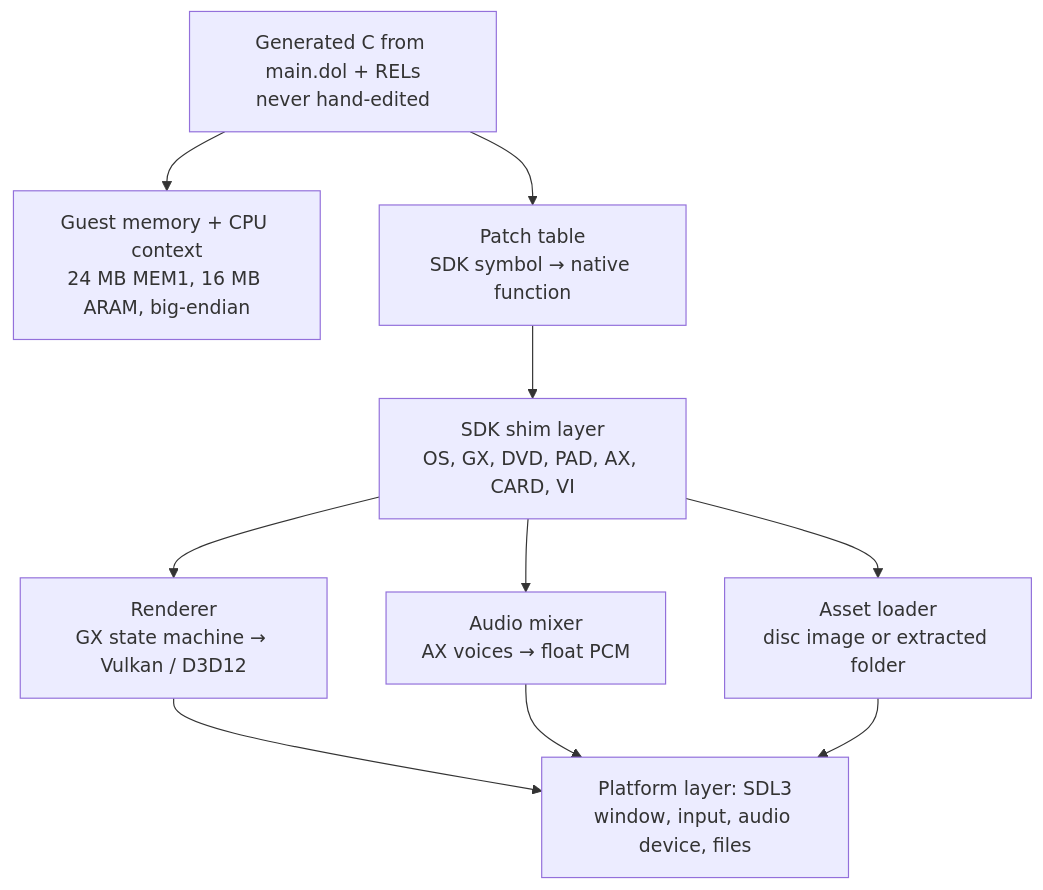
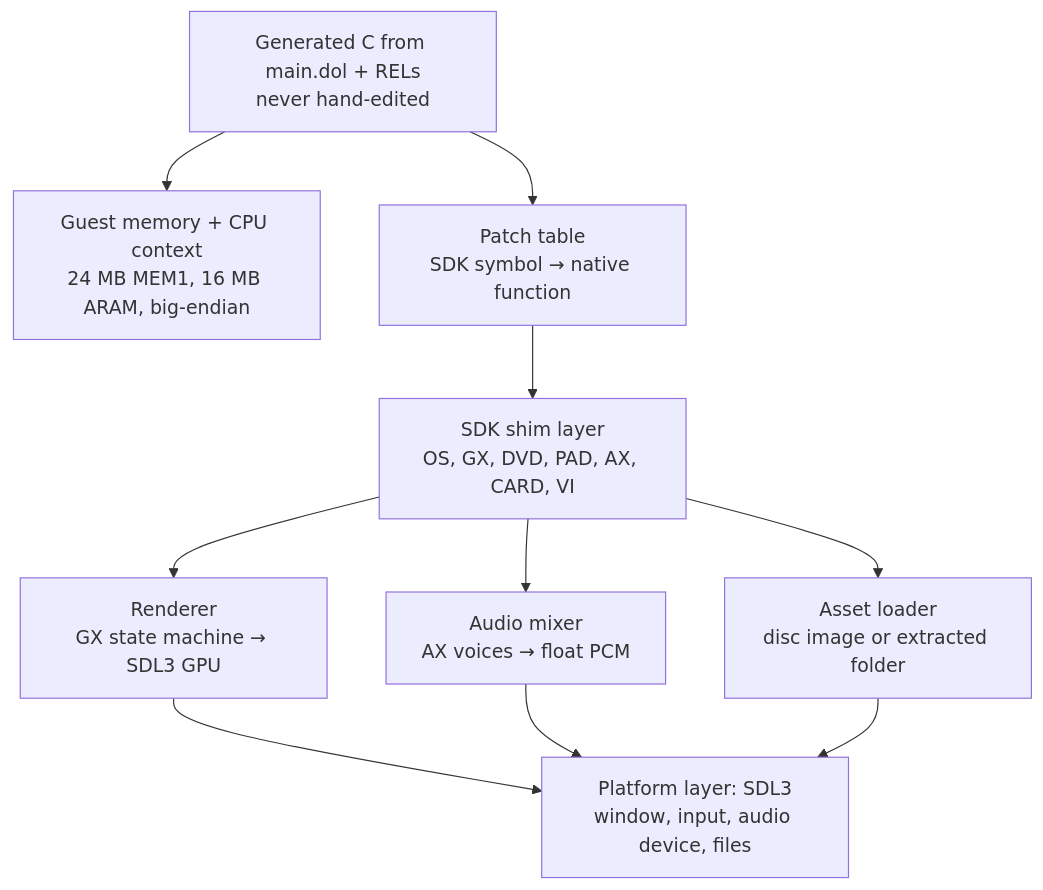
The first of 2 diagrams in twin-snakes-native-port-design.md (alphanu1/msg-twinsnakes-recomp), drawn with Mermaid before and after one commit. The commit also changed other lines of this file and 3 other files, not shown here.

````diff
--- a/twin-snakes-native-port-design.md
+++ b/twin-snakes-native-port-design.md
@@ -120,12 +120,12 @@
 ```mermaid
 flowchart TD
     G[Generated C from main.dol + RELs<br/>never hand-edited] --> M[Guest memory + CPU context<br/>24 MB MEM1, 16 MB ARAM, big-endian]
     G --> P[Patch table<br/>SDK symbol → native function]
     P --> S[SDK shim layer<br/>OS, GX, DVD, PAD, AX, CARD, VI]
-    S --> R[Renderer<br/>GX state machine → Vulkan / D3D12]
+    S --> R[Renderer<br/>GX state machine → SDL3 GPU]
     S --> A[Audio mixer<br/>AX voices → float PCM]
     S --> F[Asset loader<br/>disc image or extracted folder]
     R --> H[Platform layer: SDL3<br/>window, input, audio device, files]
     A --> H
     F --> H
 ```
````
